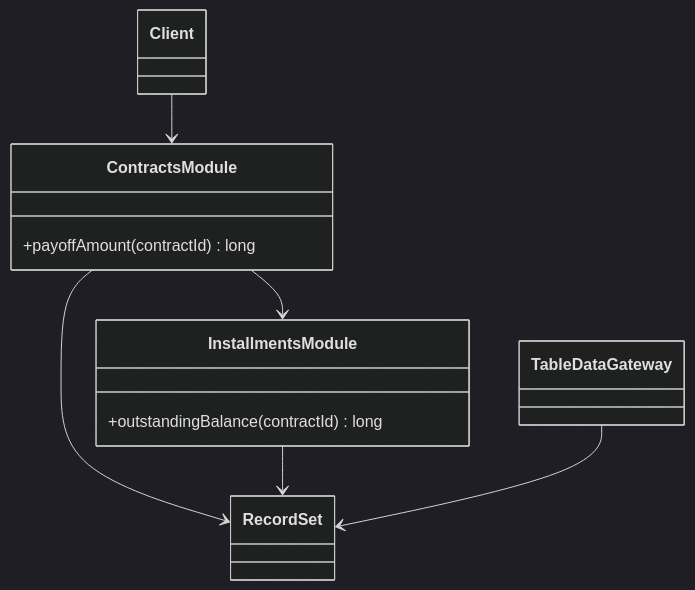
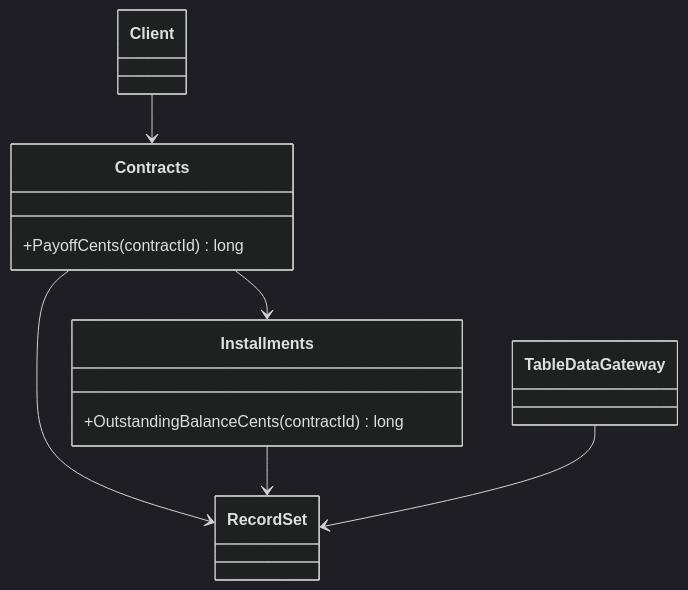
Before and after one commit to alancesar/design-patterns: the diagram in docs/design/poeaa/domain-logic/table-module.md, drawn with Mermaid (dark theme). The commit also changed other lines of this file and 28 other files, not shown here.

Commit message:
Fix PoEAA review findings: gateway example bug, diagrams aligned with code

````diff
--- a/docs/design/poeaa/domain-logic/table-module.md
+++ b/docs/design/poeaa/domain-logic/table-module.md
@@ -55,17 +55,17 @@
 ```mermaid
 classDiagram
     class Client
-    class ContractsModule {
-        +payoffAmount(contractId) long
+    class Contracts {
+        +PayoffCents(contractId) long
     }
-    class InstallmentsModule {
-        +outstandingBalance(contractId) long
+    class Installments {
+        +OutstandingBalanceCents(contractId) long
     }
     class RecordSet
     class TableDataGateway
-    Client --> ContractsModule
-    ContractsModule --> InstallmentsModule
-    ContractsModule --> RecordSet
-    InstallmentsModule --> RecordSet
+    Client --> Contracts
+    Contracts --> Installments
+    Contracts --> RecordSet
+    Installments --> RecordSet
     TableDataGateway --> RecordSet
 ```
````
